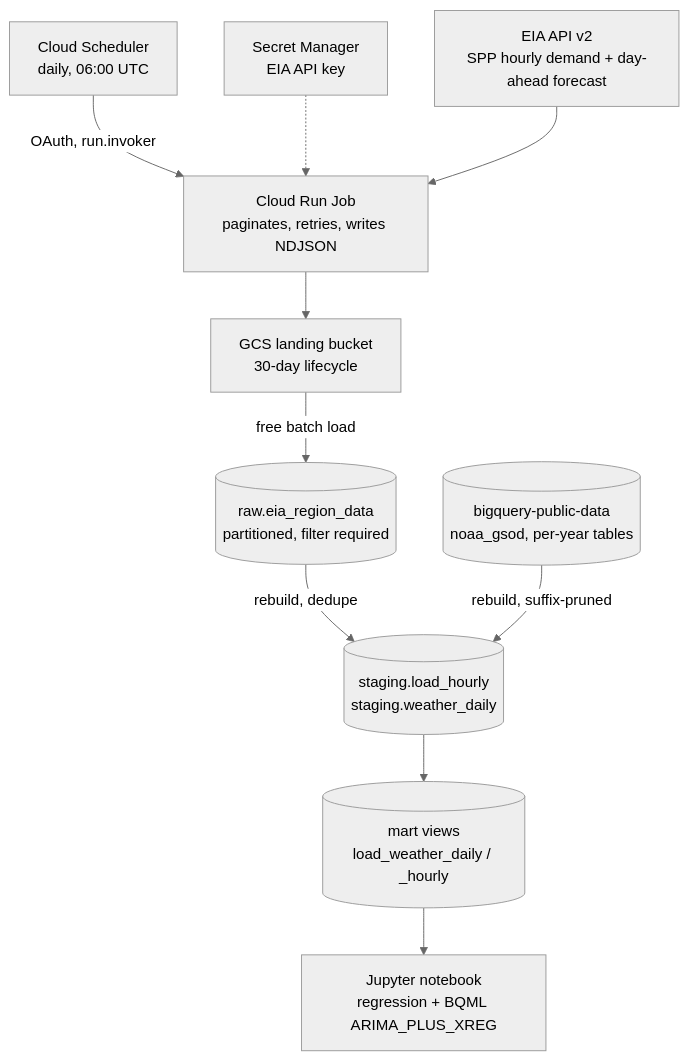
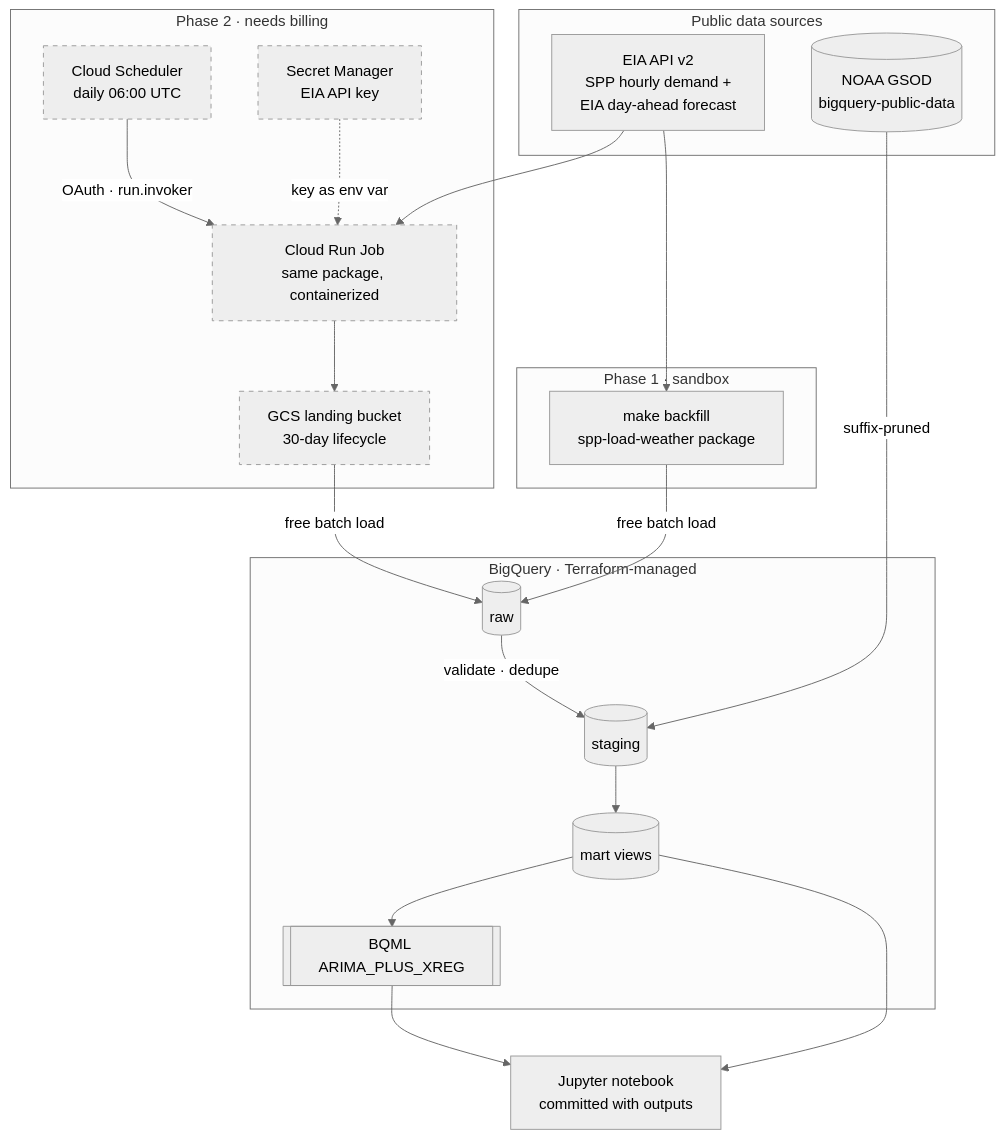
One commit to samtindal/spp-load-weather changed the first of 6 diagrams in README.md. Above: the diagram before and after it, drawn with Mermaid (neutral theme). The commit also changed other lines of this file, not shown here.

Commit message:
Add diagrams and findings to README

````diff
--- a/README.md
+++ b/README.md
@@ -14,20 +21,44 @@
 ```mermaid
 flowchart TD
-    EIA["EIA API v2<br/>SPP hourly demand + day-ahead forecast"]
-    SCHED["Cloud Scheduler<br/>daily, 06:00 UTC"]
-    JOB["Cloud Run Job<br/>paginates, retries, writes NDJSON"]
-    SM["Secret Manager<br/>EIA API key"]
-    GCS["GCS landing bucket<br/>30-day lifecycle"]
-    RAW[("raw.eia_region_data<br/>partitioned, filter required")]
-    GSOD[("bigquery-public-data<br/>noaa_gsod, per-year tables")]
-    STG[("staging.load_hourly<br/>staging.weather_daily")]
-    MART[("mart views<br/>load_weather_daily / _hourly")]
-    NB["Jupyter notebook<br/>regression + BQML ARIMA_PLUS_XREG"]
+    subgraph SRC["Public data sources"]
+        EIA["EIA API v2<br/>SPP hourly demand +<br/>EIA day-ahead forecast"]
+        GSOD[("NOAA GSOD<br/>bigquery-public-data")]
+    end
 
-    SCHED -->|OAuth, run.invoker| JOB
-    SM -.-> JOB
-    EIA --> JOB --> GCS -->|free batch load| RAW
-    RAW -->|rebuild, dedupe| STG
-    GSOD -->|rebuild, suffix-pruned| STG
-    STG --> MART --> NB
+    subgraph P1["Phase 1 · sandbox"]
+        BF["make backfill<br/>spp-load-weather package"]
+    end
+
+    subgraph P2["Phase 2 · needs billing"]
+        SCHED["Cloud Scheduler<br/>daily 06:00 UTC"]
+        JOB["Cloud Run Job<br/>same package, containerized"]
+        SM["Secret Manager<br/>EIA API key"]
+        GCS["GCS landing bucket<br/>30-day lifecycle"]
+    end
+
+    subgraph BQ["BigQuery · Terraform-managed"]
+        RAW[("raw")]
+        STG[("staging")]
+        MART[("mart views")]
+        ML[["BQML ARIMA_PLUS_XREG"]]
+    end
+
+    NB["Jupyter notebook<br/>committed with outputs"]
+
+    EIA --> BF
+    BF -->|"free batch load"| RAW
+    EIA --> JOB
+    SCHED -->|"OAuth · run.invoker"| JOB
+    SM -.->|"key as env var"| JOB
+    JOB --> GCS
+    GCS -->|"free batch load"| RAW
+    RAW -->|"validate · dedupe"| STG
+    GSOD -->|"suffix-pruned"| STG
+    STG --> MART
+    MART --> NB
+    MART --> ML
+    ML --> NB
+
+    classDef billing stroke-dasharray: 5 5
+    class SCHED,JOB,SM,GCS billing
 ```
````
